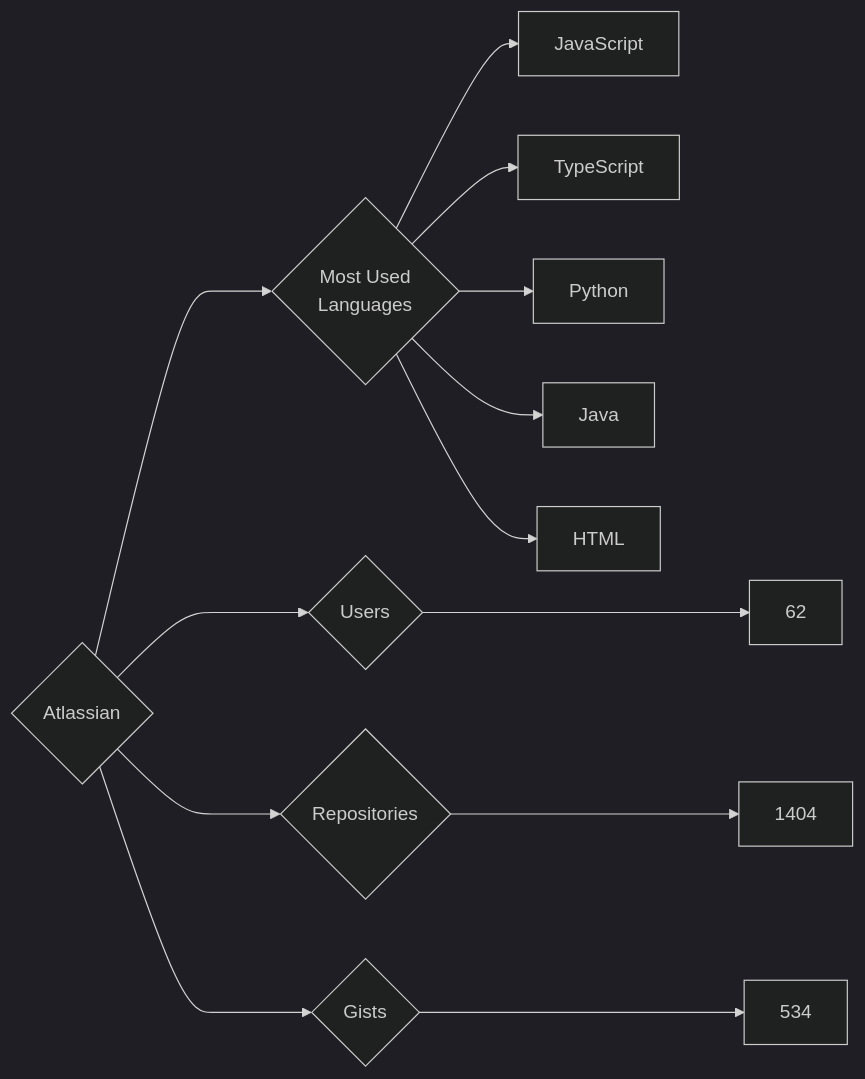
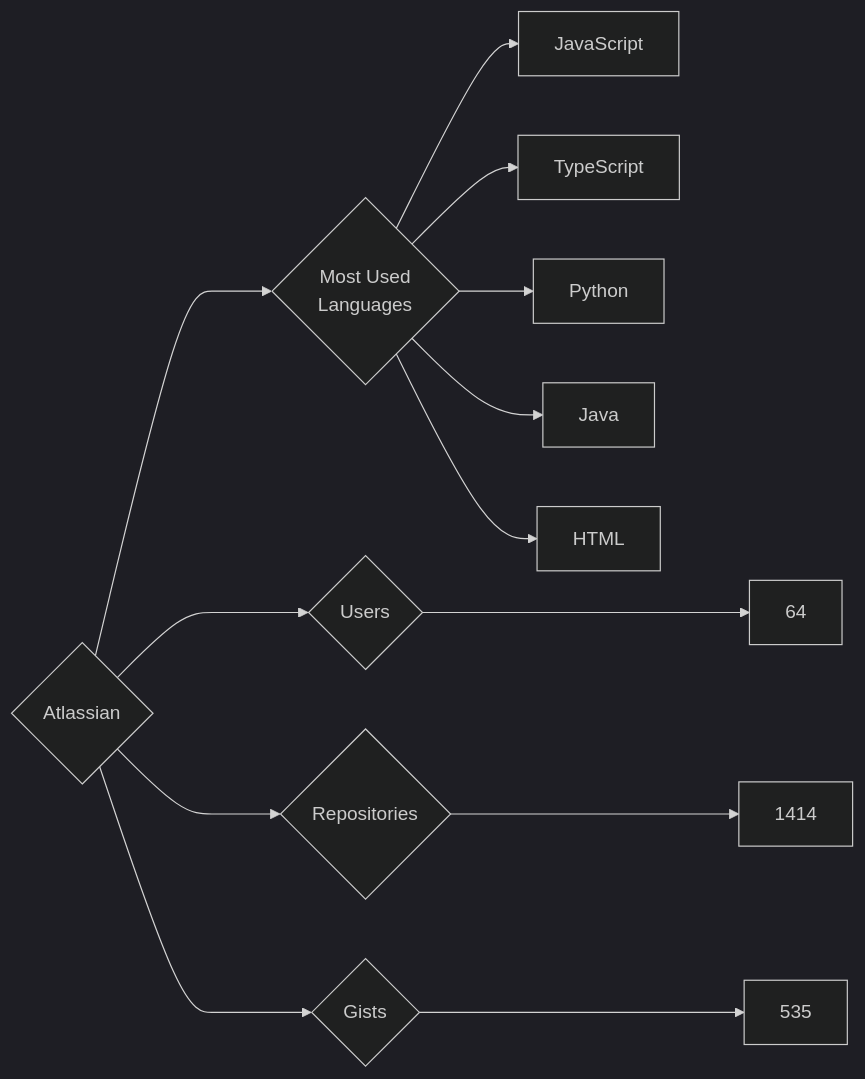
Before and after one commit to trickest/insiders: the diagram in targets/Atlassian/README.md, drawn with Mermaid (dark theme). The commit also changed 1314 other files, not shown here.

````diff
--- a/targets/Atlassian/README.md
+++ b/targets/Atlassian/README.md
@@ -3,13 +3,13 @@
 ```mermaid
 graph LR
 COMPANY_NAME{Atlassian}
-COMPANY_NAME ---> U{Users} ---> UN[62]
-COMPANY_NAME ---> R{Repositories} ---> RN[1404]
-COMPANY_NAME ---> G{Gists} ---> GN[534]
+COMPANY_NAME ---> U{Users} ---> UN[64]
+COMPANY_NAME ---> R{Repositories} ---> RN[1414]
+COMPANY_NAME ---> G{Gists} ---> GN[535]
 COMPANY_NAME ---> ML{Most Used<br>Languages}
 ML --> JavaScript[JavaScript]
 ML --> TypeScript[TypeScript]
 ML --> Python[Python]
 ML --> Java[Java]
 ML --> HTML[HTML]
 ```
````
